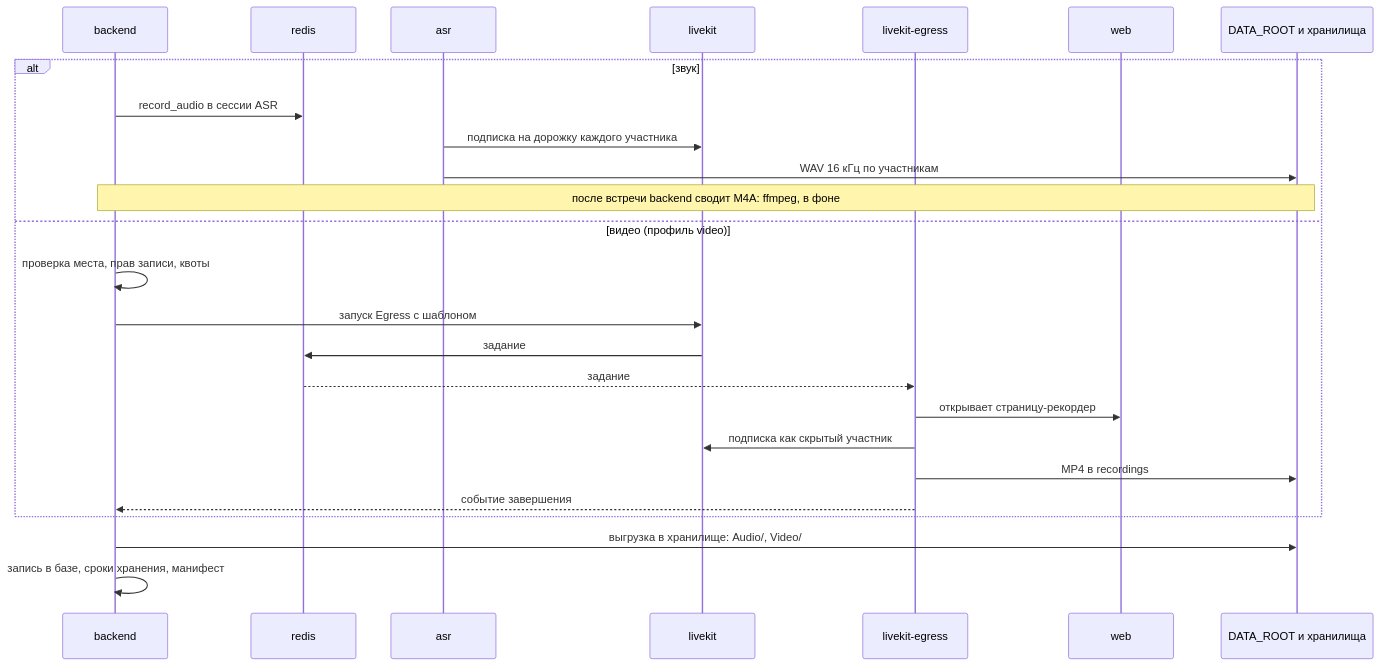
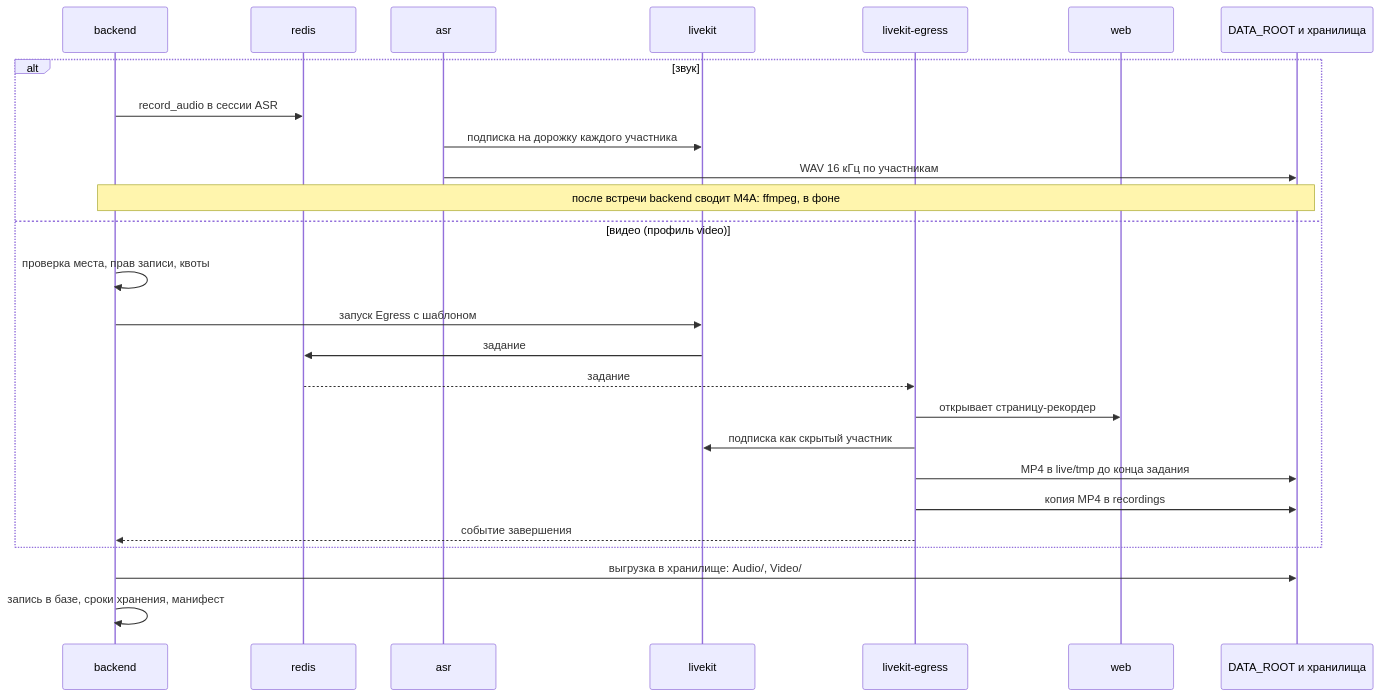
Before and after one commit to calleograph/peregovorka: the fourth of 7 diagrams in wiki/Архитектура-Последовательности-встреч.md, drawn with Mermaid. The commit also changed other lines of this file and 322 other files, not shown here.

````diff
--- a/wiki/Архитектура-Последовательности-встреч.md
+++ b/wiki/Архитектура-Последовательности-встреч.md
@@ -97,27 +97,28 @@
 ```mermaid
 sequenceDiagram
   participant B as backend
   participant R as redis
   participant A as asr
   participant LK as livekit
   participant E as livekit-egress
   participant W as web
   participant F as DATA_ROOT и хранилища
   alt звук
     B->>R: record_audio в сессии ASR
     A->>LK: подписка на дорожку каждого участника
     A->>F: WAV 16 кГц по участникам
     Note over B,F: после встречи backend сводит M4A: ffmpeg, в фоне
   else видео (профиль video)
     B->>B: проверка места, прав записи, квоты
     B->>LK: запуск Egress с шаблоном
     LK->>R: задание
     R-->>E: задание
     E->>W: открывает страницу-рекордер
     E->>LK: подписка как скрытый участник
-    E->>F: MP4 в recordings
+    E->>F: MP4 в live/tmp до конца задания
+    E->>F: копия MP4 в recordings
     E-->>B: событие завершения
   end
   B->>F: выгрузка в хранилище: Audio/, Video/
   B->>B: запись в базе, сроки хранения, манифест
 ```
````
